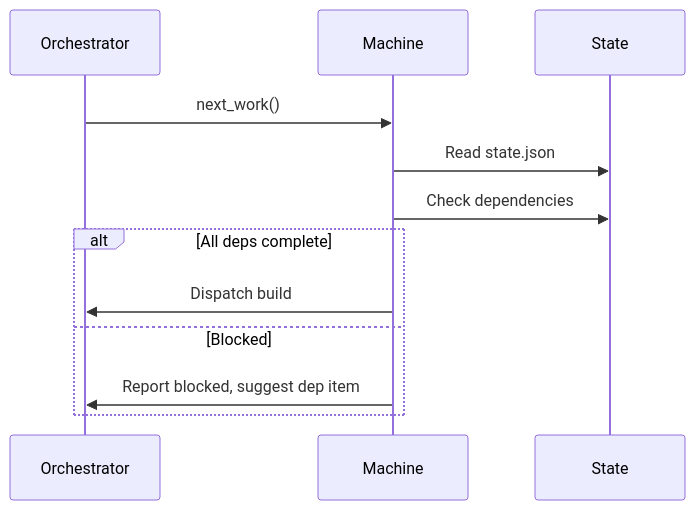
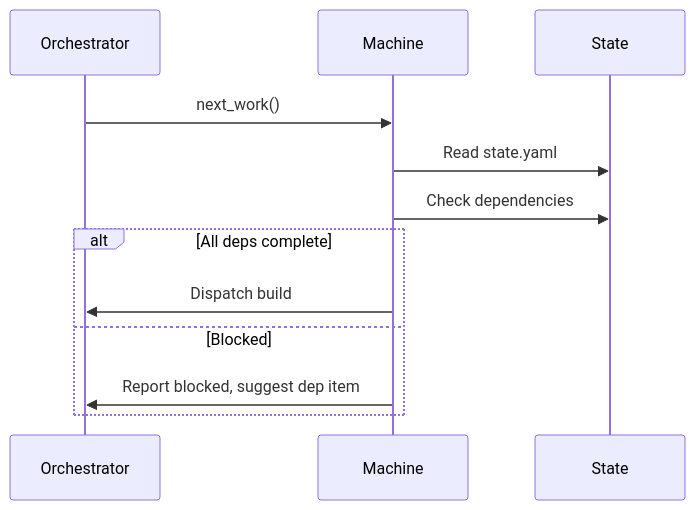
Before and after one commit to InstruktAI/TeleClaude: the fourth of 4 diagrams in docs/project/design/architecture/next-machine.md, drawn with Mermaid. The commit also changed other lines of this file and 19 other files, not shown here.

First line of the commit message:
docs: update all references from state.json to state.yaml

````diff
--- a/docs/project/design/architecture/next-machine.md
+++ b/docs/project/design/architecture/next-machine.md
@@ -127,15 +127,15 @@
 ```mermaid
 sequenceDiagram
     participant Orchestrator
     participant Machine
     participant State
 
     Orchestrator->>Machine: next_work()
-    Machine->>State: Read state.json
+    Machine->>State: Read state.yaml
     Machine->>State: Check dependencies
     alt All deps complete
         Machine->>Orchestrator: Dispatch build
     else Blocked
         Machine->>Orchestrator: Report blocked, suggest dep item
     end
 ```
````
